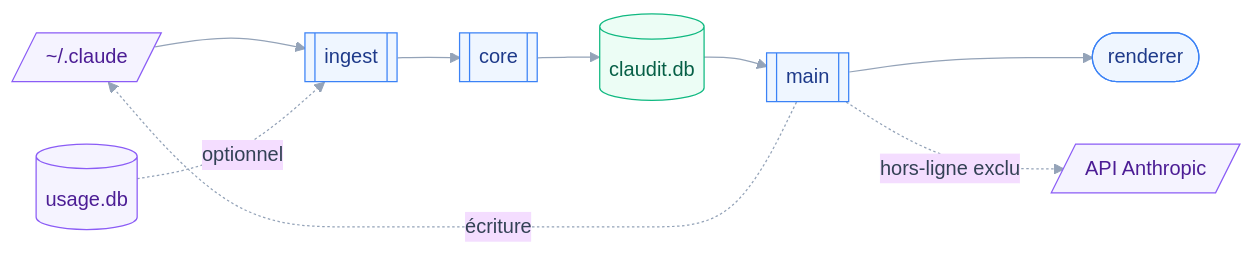
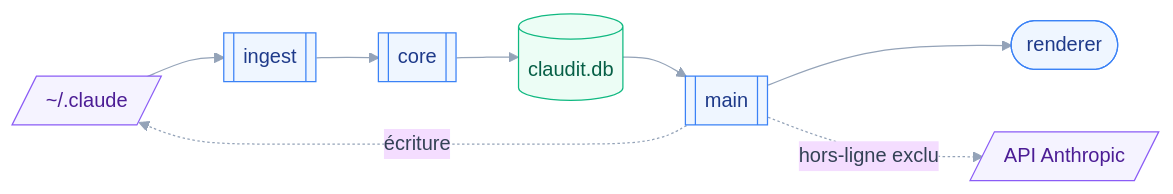
Before and after one commit to bryanbergerprojects/claudit: the diagram in aidd_docs/memory/architecture.md, drawn with Mermaid. The commit also changed 7 other files, not shown here.

First line of the commit message:
docs: add roadmap and drop usage.db dependency

````diff
--- a/aidd_docs/memory/architecture.md
+++ b/aidd_docs/memory/architecture.md
@@ -27,27 +27,25 @@
 ```mermaid
 %%{init: {'theme':'base','themeVariables':{'fontFamily':'ui-sans-serif, system-ui, sans-serif','lineColor':'#94a3b8','primaryTextColor':'#334155'}}}%%
 flowchart LR
     Src[/"~/.claude"/]
-    Usg[("usage.db")]
     Ing[["ingest"]]
     Core[["core"]]
     Db[("claudit.db")]
     Main[["main"]]
     Ui(["renderer"])
     Api[/"API Anthropic"/]
 
     Src --> Ing
-    Usg -. "optionnel" .-> Ing
     Ing --> Core --> Db
     Db --> Main --> Ui
     Main -. "hors-ligne exclu" .-> Api
     Main -. "écriture" .-> Src
 
     classDef bleu fill:#eff6ff,stroke:#3b82f6,color:#1e3a8a
     classDef vert fill:#ecfdf5,stroke:#10b981,color:#065f46
     classDef violet fill:#f5f3ff,stroke:#8b5cf6,color:#4c1d95
 
     class Ing,Core,Main,Ui bleu
     class Db vert
-    class Src,Usg,Api violet
+    class Src,Api violet
 ```
````
